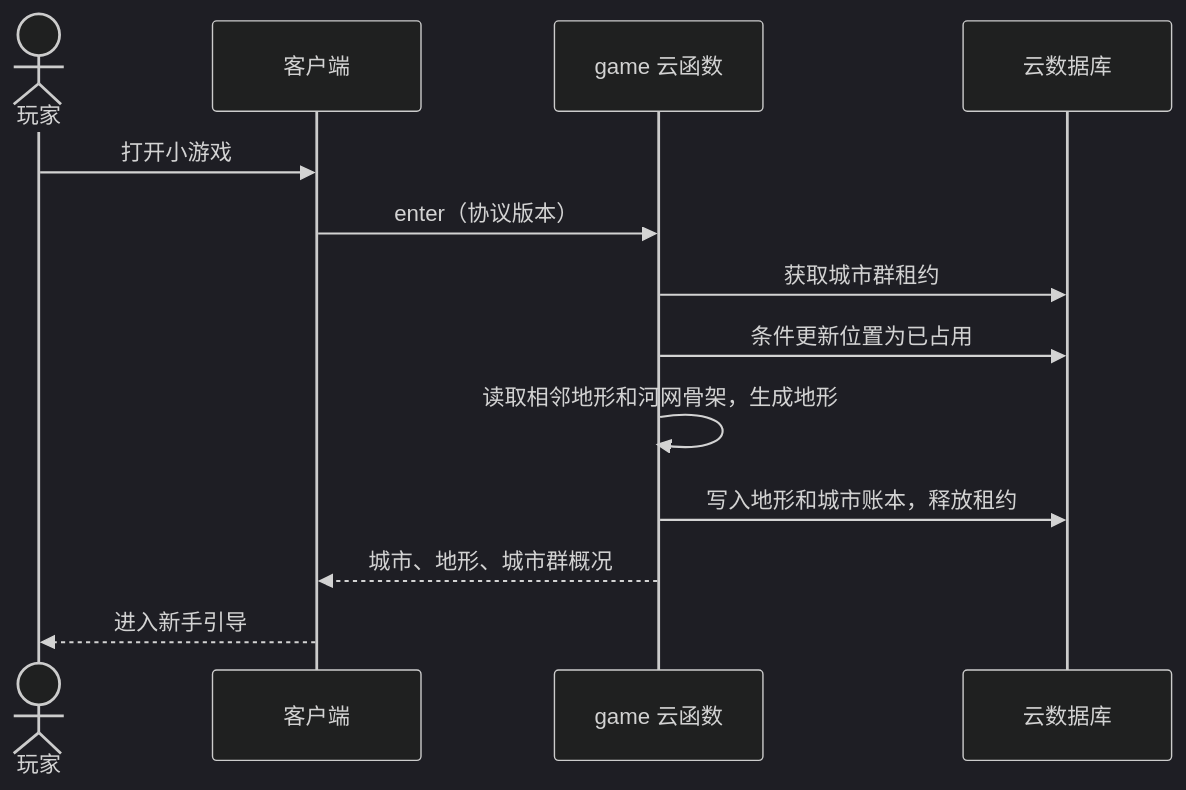
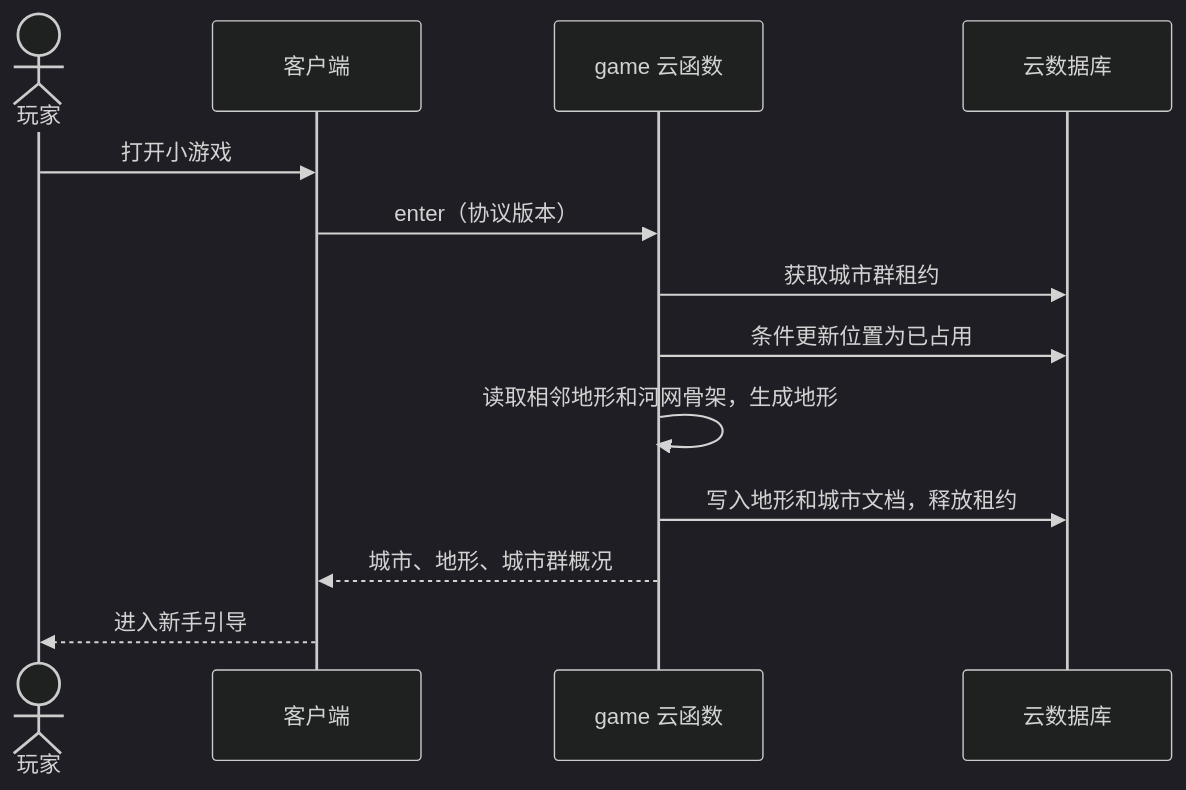
One commit to juanchaopan/city-link changed the third of 6 diagrams in docs/architecture/overview.md. Above: the diagram before and after it, drawn with Mermaid (dark theme). The commit also changed other lines of this file and 17 other files, not shown here.

Commit message:
docs(architecture): 落实三项探针结论并接受河网方案

````diff
--- a/docs/architecture/overview.md
+++ b/docs/architecture/overview.md
@@ -96,15 +96,15 @@
 ```mermaid
 sequenceDiagram
   actor P as 玩家
   participant C as 客户端
   participant G as game 云函数
   participant D as 云数据库
   P->>C: 打开小游戏
   C->>G: enter（协议版本）
   G->>D: 获取城市群租约
   G->>D: 条件更新位置为已占用
   G->>G: 读取相邻地形和河网骨架，生成地形
-  G->>D: 写入地形和城市账本，释放租约
+  G->>D: 写入地形和城市文档，释放租约
   G-->>C: 城市、地形、城市群概况
   C-->>P: 进入新手引导
 ```
````
